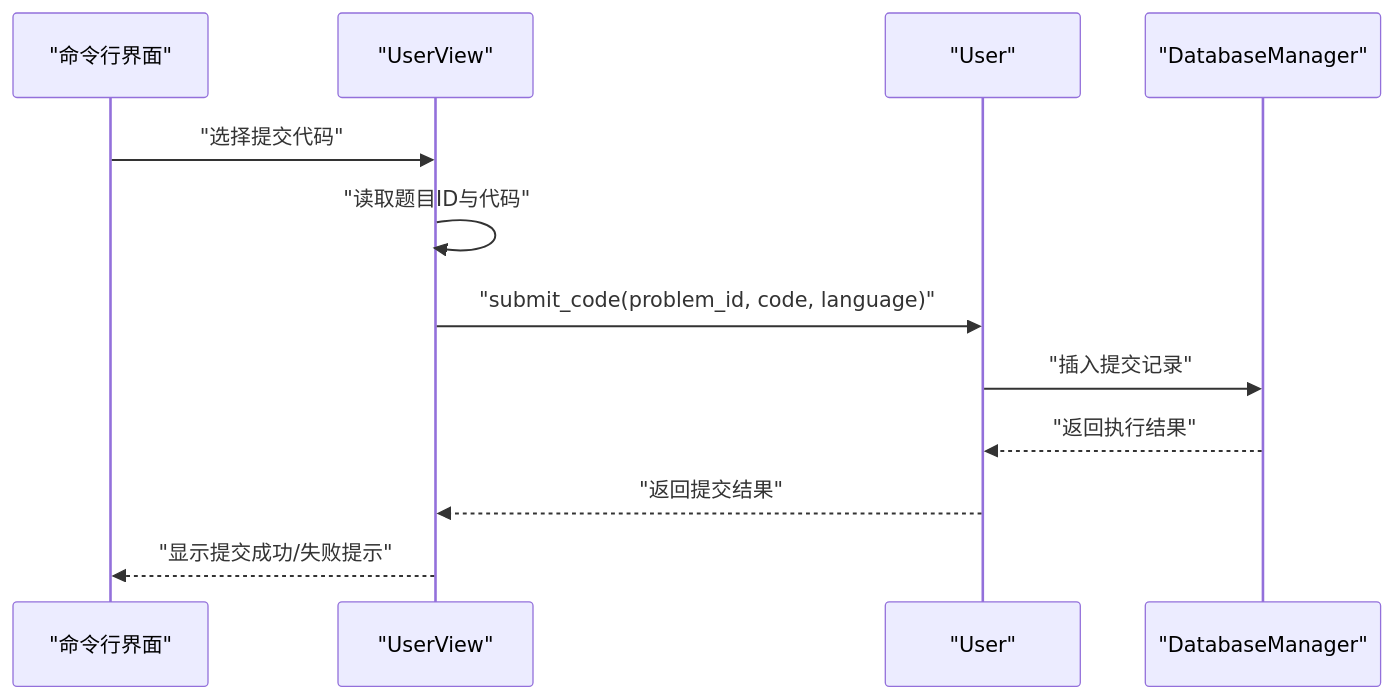
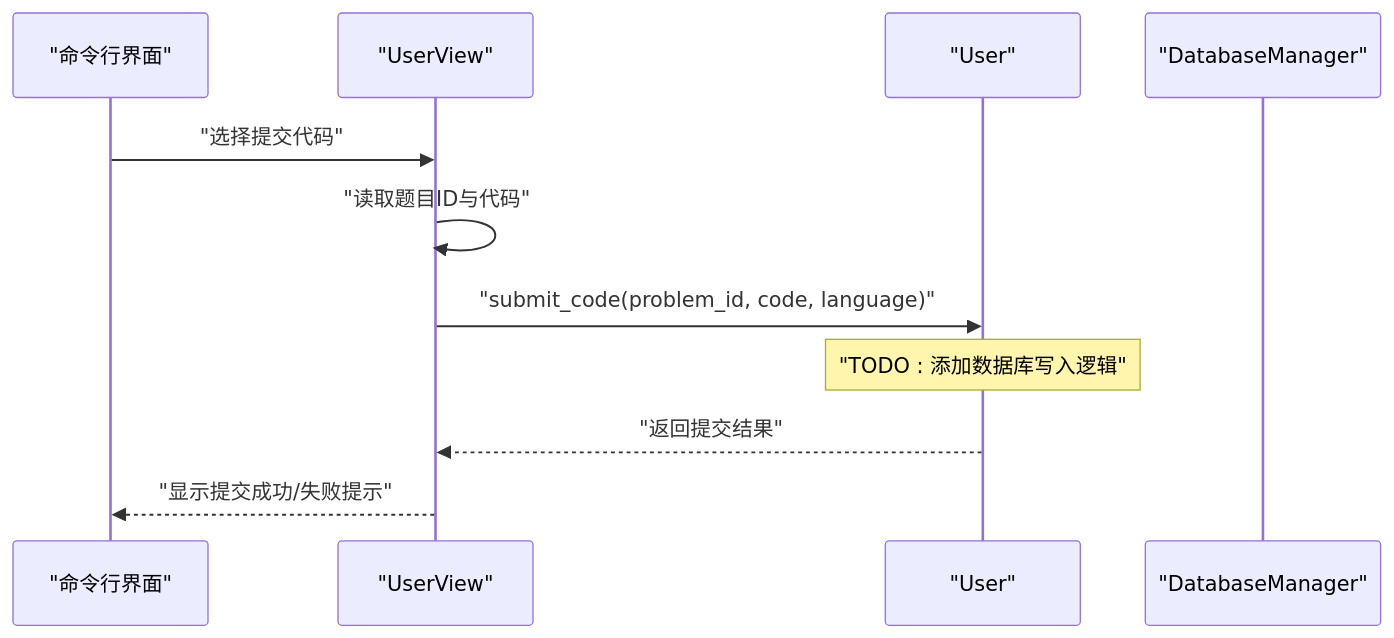
The fourth of 7 diagrams in .qoder/repowiki/zh/content/核心功能模块/用户功能模块.md (jinpeng900/OJ-Test), drawn with Mermaid before and after one commit. The commit also changed other lines of this file and 44 other files, not shown here.

````diff
--- a/.qoder/repowiki/zh/content/核心功能模块/用户功能模块.md
+++ b/.qoder/repowiki/zh/content/核心功能模块/用户功能模块.md
@@ -225,14 +242,13 @@
 ```mermaid
 sequenceDiagram
 participant CLI as "命令行界面"
 participant UV as "UserView"
 participant U as "User"
 participant DB as "DatabaseManager"
 CLI->>UV : "选择提交代码"
 UV->>UV : "读取题目ID与代码"
 UV->>U : "submit_code(problem_id, code, language)"
-U->>DB : "插入提交记录"
-DB-->>U : "返回执行结果"
+Note over U : "TODO : 添加数据库写入逻辑"
 U-->>UV : "返回提交结果"
 UV-->>CLI : "显示提交成功/失败提示"
 ```
````
